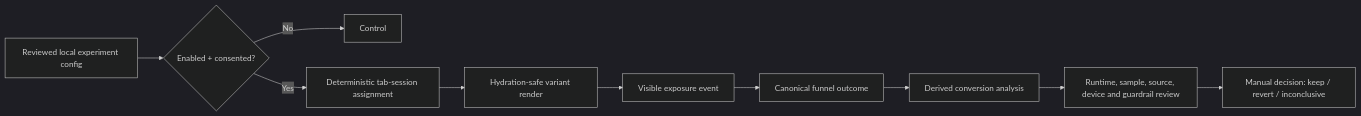
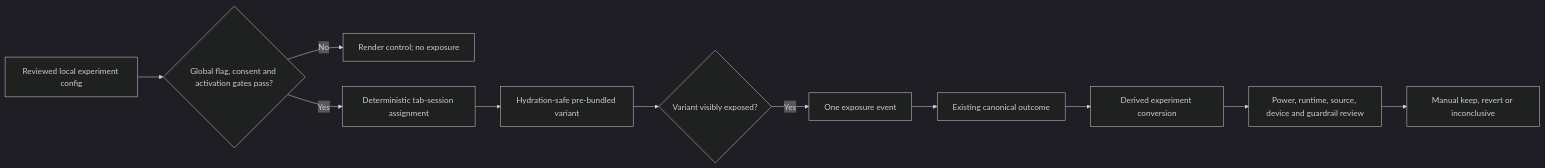
Before and after one commit to CHENGWEE711/first-china-trip-kit: the sixth of 8 diagrams in docs/V3_PHASE_4B_GROWTH_PLATFORM_ARCHITECTURE.md, drawn with Mermaid (dark theme). The commit also changed other lines of this file and 3 other files, not shown here.

Commit message:
docs(growth): complete V3 phase 4B platform architecture

````diff
--- a/docs/V3_PHASE_4B_GROWTH_PLATFORM_ARCHITECTURE.md
+++ b/docs/V3_PHASE_4B_GROWTH_PLATFORM_ARCHITECTURE.md
@@ -1123,12 +1463,13 @@
 ```mermaid
 flowchart LR
-    A["Reviewed local experiment config"] --> B{"Enabled + consented?"}
-    B -- "No" --> C["Control"]
+    A["Reviewed local experiment config"] --> B{"Global flag, consent and activation gates pass?"}
+    B -- "No" --> C["Render control; no exposure"]
     B -- "Yes" --> D["Deterministic tab-session assignment"]
-    D --> E["Hydration-safe variant render"]
-    E --> F["Visible exposure event"]
-    F --> G["Canonical funnel outcome"]
-    G --> H["Derived conversion analysis"]
-    H --> I["Runtime, sample, source, device and guardrail review"]
-    I --> J["Manual decision: keep / revert / inconclusive"]
+    D --> E["Hydration-safe pre-bundled variant"]
+    E --> F{"Variant visibly exposed?"}
+    F -- "Yes" --> G["One exposure event"]
+    G --> H["Existing canonical outcome"]
+    H --> I["Derived experiment conversion"]
+    I --> J["Power, runtime, source, device and guardrail review"]
+    J --> K["Manual keep, revert or inconclusive"]
 ```
````
